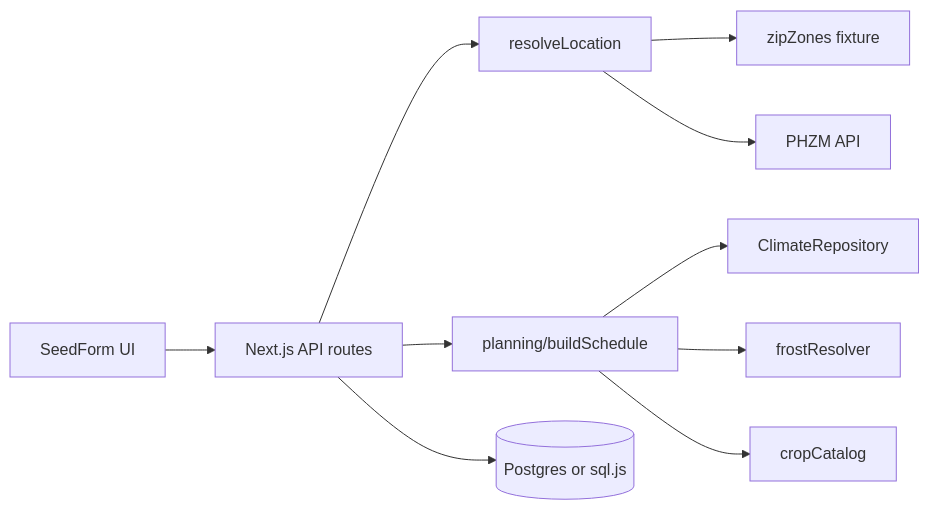
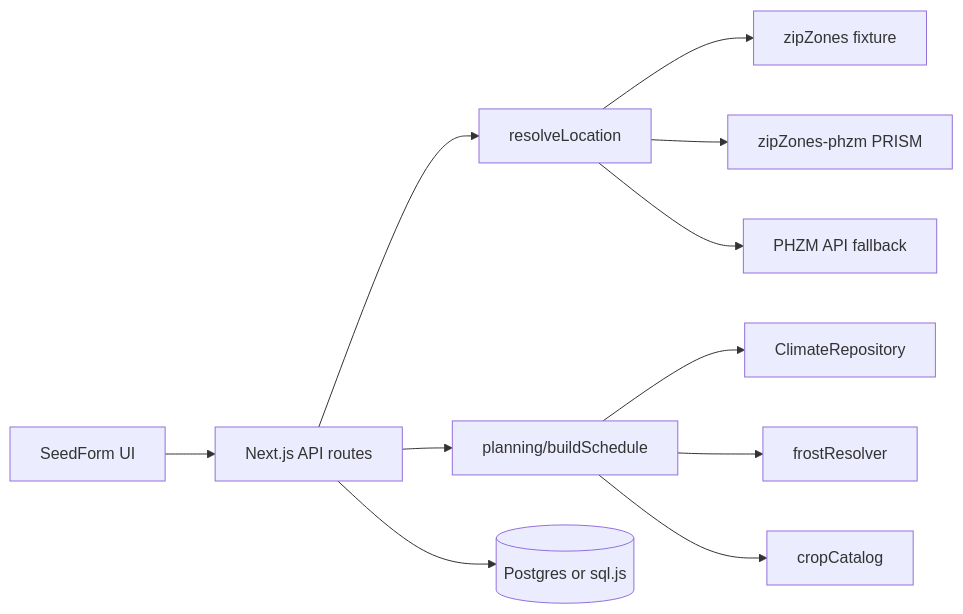
The diagram in README.md (bryanbeltran/seed-starter), drawn with Mermaid before and after one commit. The commit also changed other lines of this file and 3 other files, not shown here.

First line of the commit message:
docs: add README demo GIF and PHZM architecture

````diff
--- a/README.md
+++ b/README.md
@@ -21,12 +21,13 @@
 ```mermaid
 flowchart LR
   UI[SeedForm UI] --> API[Next.js API routes]
   API --> LOC[resolveLocation]
   API --> PLAN[planning/buildSchedule]
   LOC --> FIX[zipZones fixture]
-  LOC --> PHZM[PHZM API]
+  LOC --> PHZM[zipZones-phzm PRISM]
+  LOC --> API_PHZM[PHZM API fallback]
   PLAN --> CLIM[ClimateRepository]
   PLAN --> FROST[frostResolver]
   PLAN --> CROP[cropCatalog]
   API --> DB[(Postgres or sql.js)]
 ```
````
